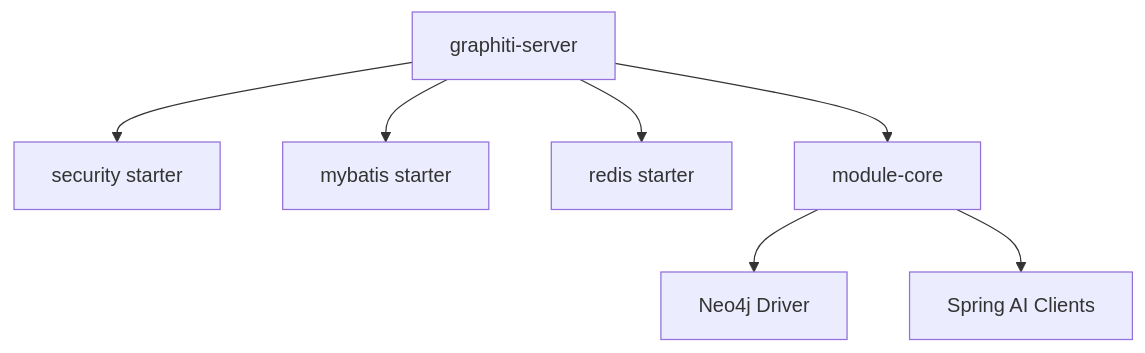
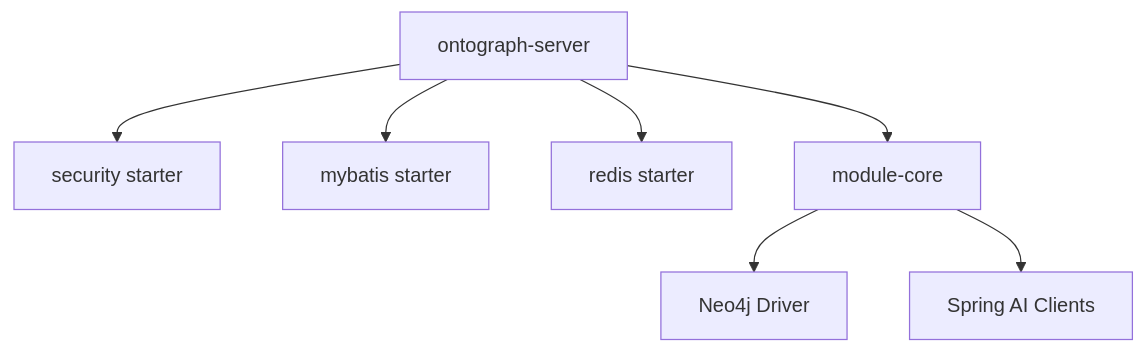
Before and after one commit to joezxh/graphiti-java: the eighth of 8 diagrams in docs/manual/部署运维/性能调优.md, drawn with Mermaid. The commit also changed other lines of this file and 200 other files, not shown here.

````diff
--- a/docs/manual/部署运维/性能调优.md
+++ b/docs/manual/部署运维/性能调优.md
@@ -285,9 +285,9 @@
 ```mermaid
 graph TB
-Srv["graphiti-server"] --> Sec["security starter"]
+Srv["ontograph-server"] --> Sec["security starter"]
 Srv --> Myb["mybatis starter"]
 Srv --> Rds["redis starter"]
 Srv --> Core["module-core"]
 Core --> N4J["Neo4j Driver"]
 Core --> AI["Spring AI Clients"]
 ```
````
